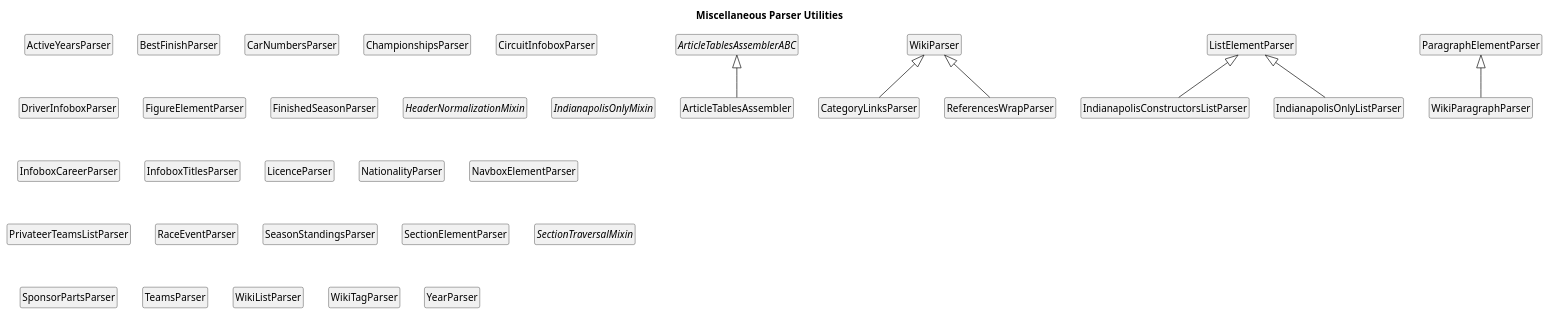
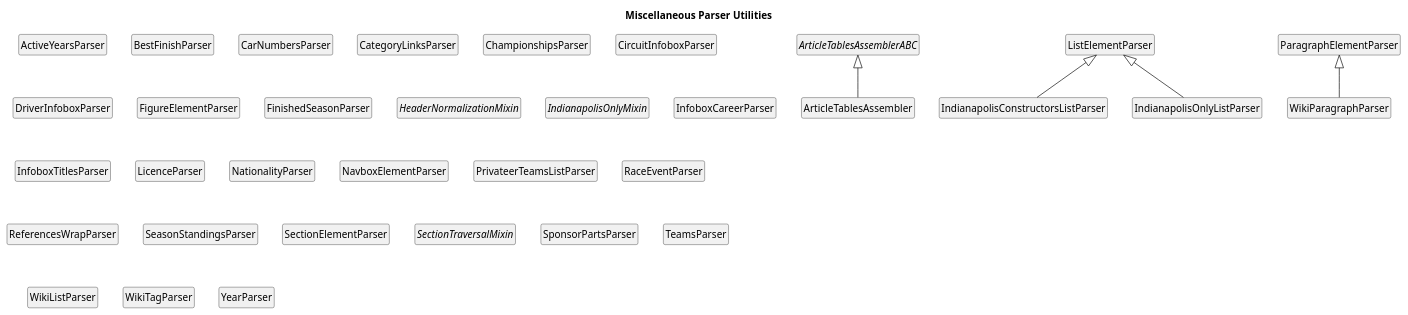
The diagram in docs/uml/inheritance/parsers/07_misc_parsers.puml (bgembalczyk/F1), drawn with PlantUML before and after one commit. The commit also changed 3 other files, not shown here.

```diff
--- a/docs/uml/inheritance/parsers/07_misc_parsers.puml
+++ b/docs/uml/inheritance/parsers/07_misc_parsers.puml
@@ -1,50 +1,47 @@
 @startuml
 title Miscellaneous Parser Utilities
 skinparam classAttributeIconSize 0
 hide empty members
 hide circle
 
 class ActiveYearsParser
 class ArticleTablesAssembler
 abstract class ArticleTablesAssemblerABC
 class BestFinishParser
 class CarNumbersParser
 class CategoryLinksParser
 class ChampionshipsParser
 class CircuitInfoboxParser
 class DriverInfoboxParser
 class FigureElementParser
 class FinishedSeasonParser
 abstract class HeaderNormalizationMixin
 class IndianapolisConstructorsListParser
 class IndianapolisOnlyListParser
 abstract class IndianapolisOnlyMixin
 class InfoboxCareerParser
 class InfoboxTitlesParser
 class LicenceParser
 class ListElementParser
 class NationalityParser
 class NavboxElementParser
 class ParagraphElementParser
 class PrivateerTeamsListParser
 class RaceEventParser
 class ReferencesWrapParser
 class SeasonStandingsParser
 class SectionElementParser
 abstract class SectionTraversalMixin
 class SponsorPartsParser
 class TeamsParser
 class WikiListParser
 class WikiParagraphParser
-class WikiParser
 class WikiTagParser
 class YearParser
 
 ArticleTablesAssemblerABC <|-- ArticleTablesAssembler
-WikiParser <|-- CategoryLinksParser
 ListElementParser <|-- IndianapolisConstructorsListParser
 ListElementParser <|-- IndianapolisOnlyListParser
-WikiParser <|-- ReferencesWrapParser
 ParagraphElementParser <|-- WikiParagraphParser
 
 @enduml
```
